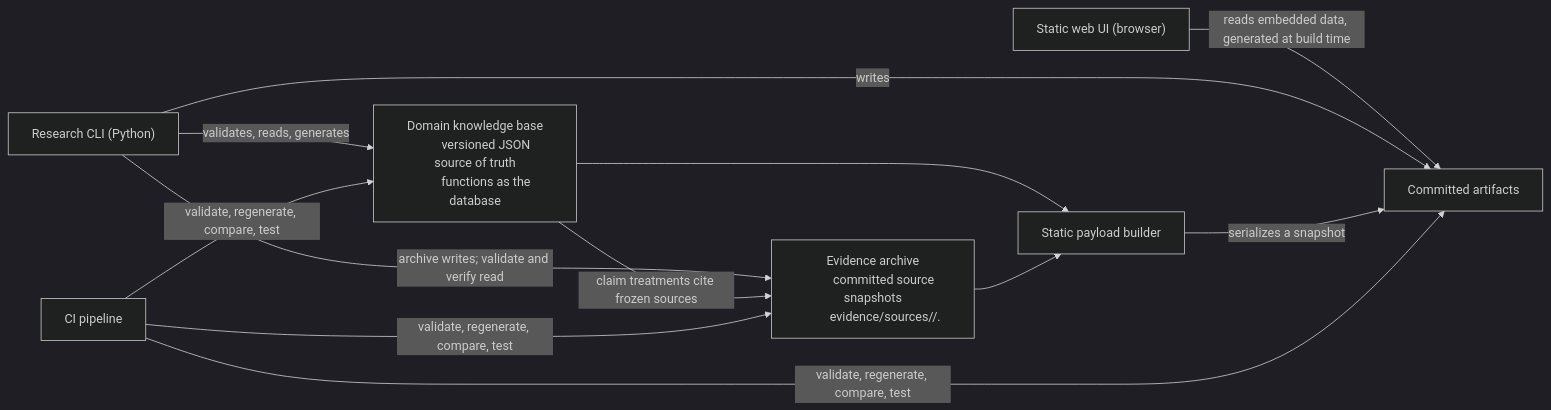
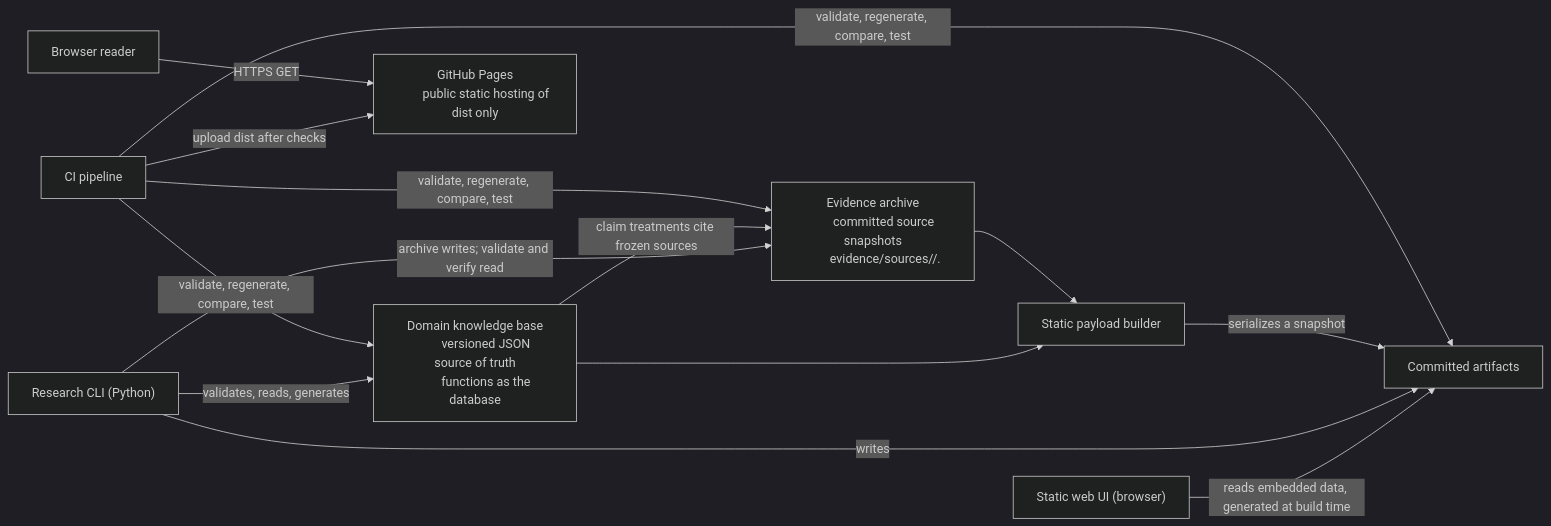
One commit to bitkojine/bitcoin-bridge-research changed the second of 5 diagrams in docs/architecture-c4.md. Above: the diagram before and after it, drawn with Mermaid (dark theme). The commit also changed other lines of this file and 4 other files, not shown here.

Commit message:
Deploy research UI with GitHub Pages

````diff
--- a/docs/architecture-c4.md
+++ b/docs/architecture-c4.md
@@ -62,24 +62,28 @@
 ```mermaid
 flowchart LR
     KB["Domain knowledge base
         versioned JSON source of truth
         functions as the database"]
     EV["Evidence archive
         committed source snapshots
         evidence/sources/<id>/<sha256>.<ext>"]
 
     CLI["Research CLI (Python)"]
     WEB["Static web UI (browser)"]
     ART["Committed artifacts"]
     CI["CI pipeline"]
+    PAGES["GitHub Pages
+        public static hosting of dist only"]
 
     WEB -->|reads embedded data, generated at build time| ART
     CLI -->|validates, reads, generates| KB
     CLI -->|archive writes; validate and verify read| EV
     KB -->|claim treatments cite frozen sources| EV
     CLI -->|writes| ART
     BUILDER["Static payload builder"] -->|serializes a snapshot| ART
     KB --> BUILDER
     EV --> BUILDER
     CI -->|validate, regenerate, compare, test| KB & EV & ART
+    CI -->|upload dist after checks| PAGES
+    Reader["Browser reader"] -->|HTTPS GET| PAGES
 ```
````
